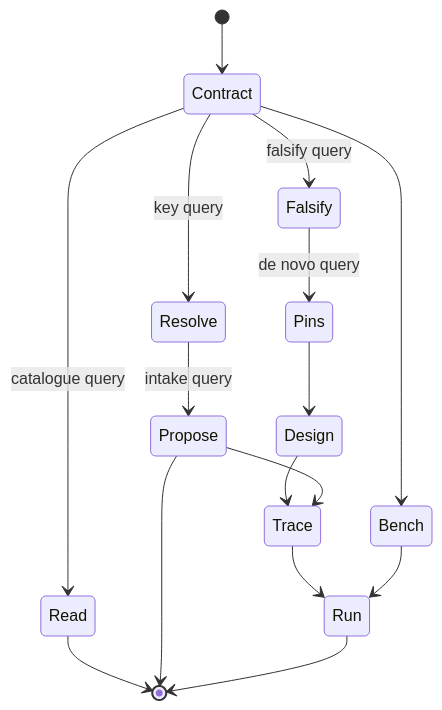
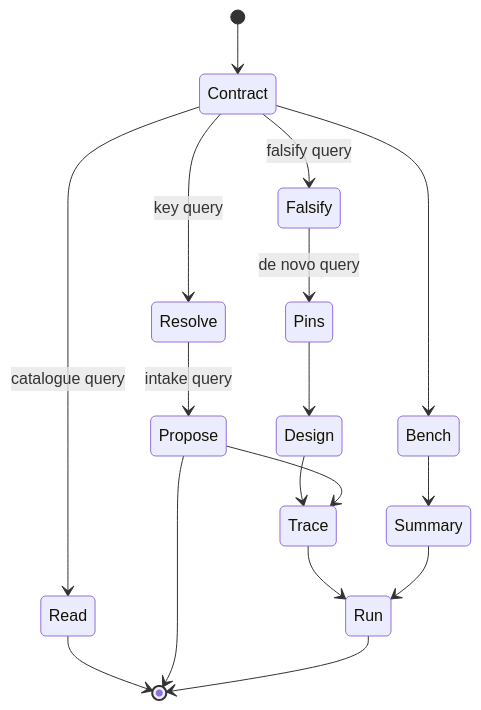
Before and after one commit to wetware-hq/catalog: the first of 2 diagrams in docs/read-repository.md, drawn with Mermaid. The commit also changed other lines of this file and 3 other files, not shown here.

````diff
--- a/docs/read-repository.md
+++ b/docs/read-repository.md
@@ -85,18 +85,19 @@
 ```mermaid
 stateDiagram-v2
     [*] --> Contract
     Contract --> Read: catalogue query
     Contract --> Resolve: key query
     Resolve --> Propose: intake query
     Contract --> Falsify: falsify query
     Falsify --> Pins: de novo query
     Pins --> Design
     Design --> Trace
     Propose --> Trace
     Contract --> Bench
     Trace --> Run
-    Bench --> Run
+    Bench --> Summary
+    Summary --> Run
     Read --> [*]
     Propose --> [*]
     Run --> [*]
 ```
````
